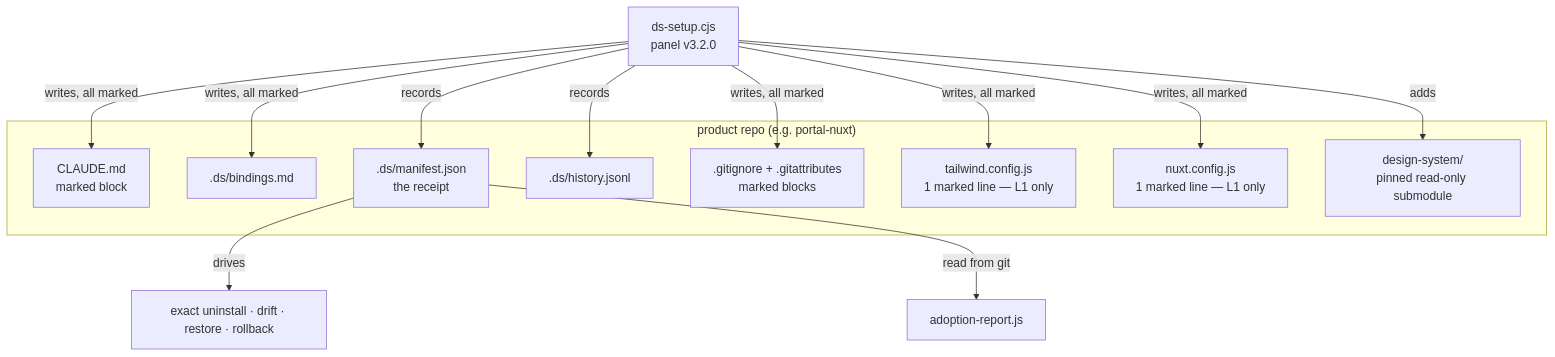
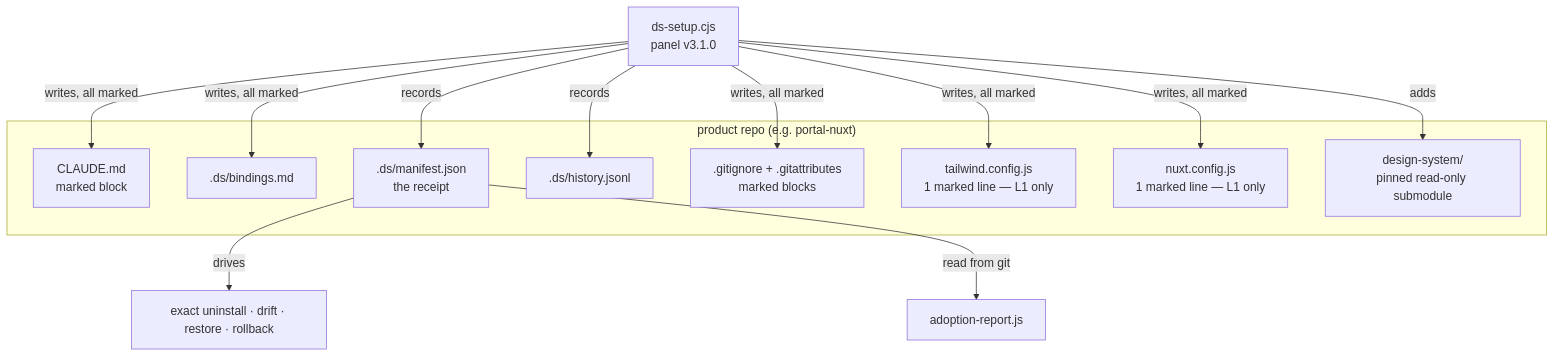
The third of 4 diagrams in docs/ARCHITECTURE.md (alamehan/design-system), drawn with Mermaid before and after one commit. The commit also changed other lines of this file and 83 other files, not shown here.

````diff
--- a/docs/ARCHITECTURE.md
+++ b/docs/ARCHITECTURE.md
@@ -108,18 +108,18 @@
 ```mermaid
 flowchart TD
   subgraph product["product repo (e.g. portal-nuxt)"]
     CM["CLAUDE.md<br/>marked block"]
     BD[".ds/bindings.md"]
     MF[".ds/manifest.json<br/>the receipt"]
     HS[".ds/history.jsonl"]
     GI[".gitignore + .gitattributes<br/>marked blocks"]
     TW["tailwind.config.js<br/>1 marked line — L1 only"]
     NX["nuxt.config.js<br/>1 marked line — L1 only"]
     SUB["design-system/<br/>pinned read-only submodule"]
   end
-  PANEL["ds-setup.cjs<br/>panel v3.2.0"] -->|writes, all marked| CM & BD & GI & TW & NX
+  PANEL["ds-setup.cjs<br/>panel v3.1.0"] -->|writes, all marked| CM & BD & GI & TW & NX
   PANEL -->|records| MF & HS
   PANEL -->|adds| SUB
   MF -->|drives| REV["exact uninstall · drift · restore · rollback"]
   MF -->|read from git| RPT["adoption-report.js"]
 ```
````
